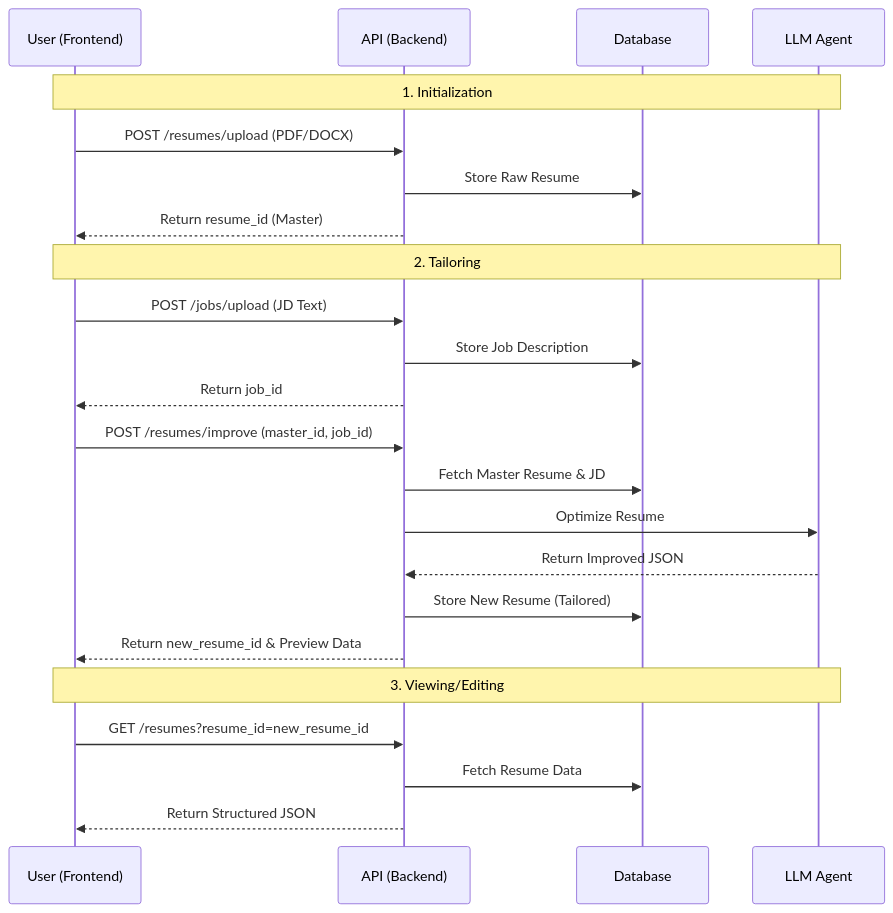
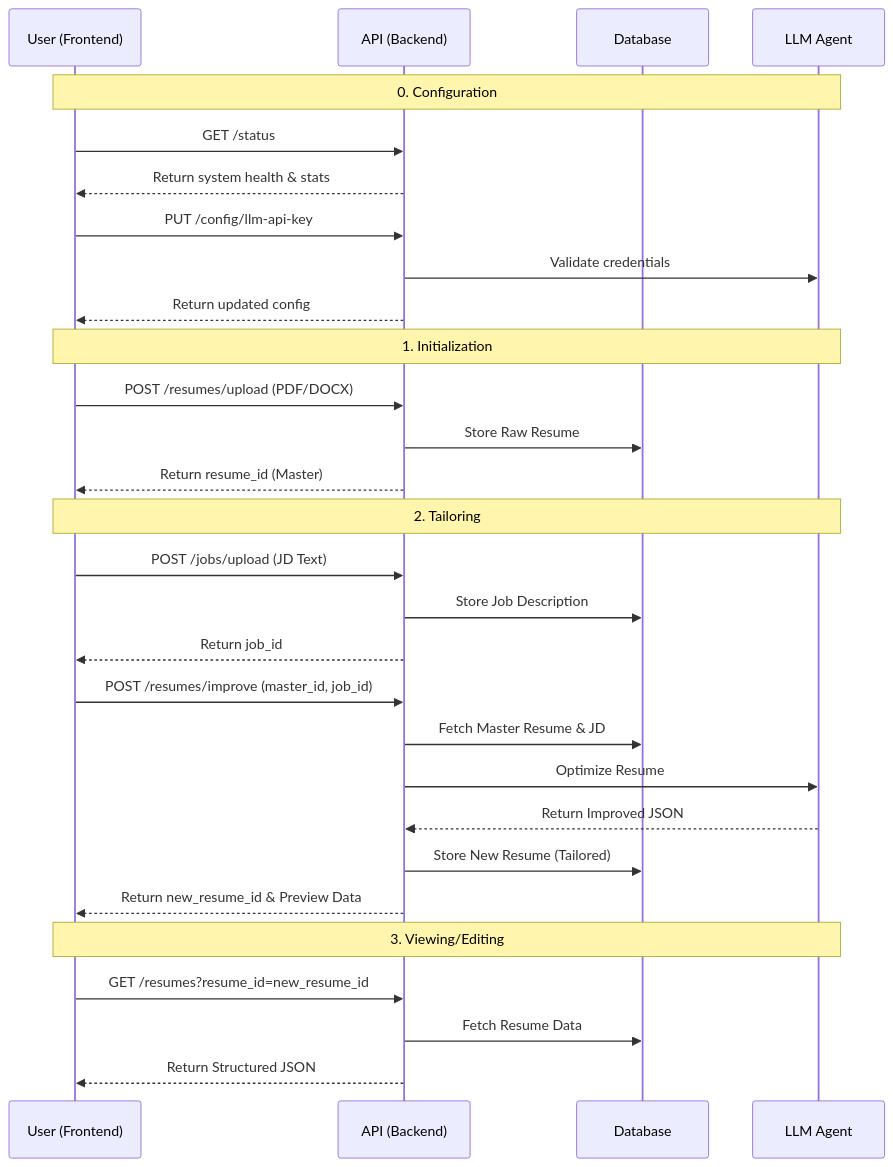
One commit to bmck039/Resume-Matcher changed the diagram in .front-end-apis.md. Above: the diagram before and after it, drawn with Mermaid. The commit also changed other lines of this file and 1 other file, not shown here.

First line of the commit message:
docs: update frontend workflow and API documentation

````diff
--- a/.front-end-apis.md
+++ b/.front-end-apis.md
@@ -139,29 +239,36 @@
 ```mermaid
 sequenceDiagram
     participant U as User (Frontend)
     participant A as API (Backend)
     participant D as Database
     participant L as LLM Agent
+
+    Note over U, L: 0. Configuration
+    U->>A: GET /status
+    A-->>U: Return system health & stats
+    U->>A: PUT /config/llm-api-key
+    A->>L: Validate credentials
+    A-->>U: Return updated config
 
     Note over U, L: 1. Initialization
     U->>A: POST /resumes/upload (PDF/DOCX)
     A->>D: Store Raw Resume
     A-->>U: Return resume_id (Master)
 
     Note over U, L: 2. Tailoring
     U->>A: POST /jobs/upload (JD Text)
     A->>D: Store Job Description
     A-->>U: Return job_id
 
     U->>A: POST /resumes/improve (master_id, job_id)
     A->>D: Fetch Master Resume & JD
     A->>L: Optimize Resume
     L-->>A: Return Improved JSON
     A->>D: Store New Resume (Tailored)
     A-->>U: Return new_resume_id & Preview Data
 
     Note over U, L: 3. Viewing/Editing
     U->>A: GET /resumes?resume_id=new_resume_id
     A->>D: Fetch Resume Data
     A-->>U: Return Structured JSON
 ```
````
